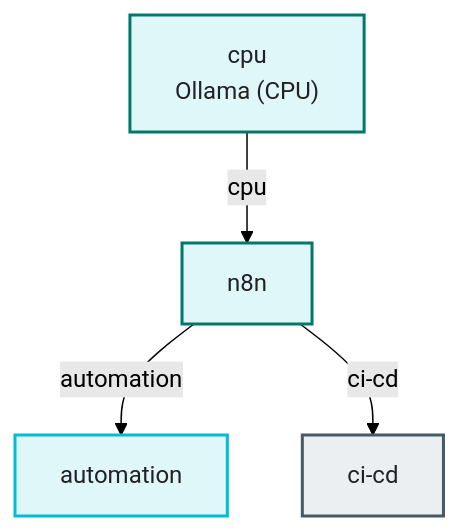
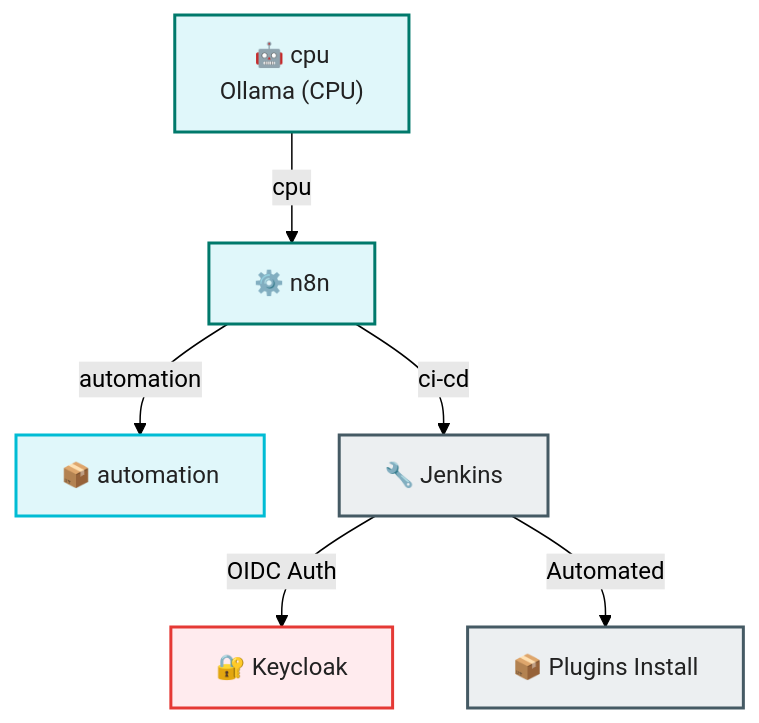
One commit to emujicad/my-selfhosted-ai-kit changed the diagram in diagrams_mmd/automation_cicd_stack.mmd. Above: the diagram before and after it, drawn with Mermaid (forest theme). The commit also changed 14 other files, not shown here.

First line of the commit message:
docs(media): Sync Mermaid diagrams and generate PNG assets

```diff
--- a/diagrams_mmd/automation_cicd_stack.mmd
+++ b/diagrams_mmd/automation_cicd_stack.mmd
@@ -1,11 +1,18 @@
 flowchart TD
-    CPU["cpu\nOllama (CPU)"] -- cpu --> N8N["n8n"]
-    N8N -- automation --> AUTO["automation"]
-    N8N -- ci-cd --> CICD["ci-cd"]
+    CPU["🤖 cpu\nOllama (CPU)"] -- cpu --> N8N["⚙️ n8n"]
+    N8N -- automation --> AUTO["📦 automation"]
+    N8N -- ci-cd --> CICD["🔧 Jenkins"]
+    CICD -- "OIDC Auth" --> KC["🔐 Keycloak"]
+    CICD -- "Automated" --> PLUG["📦 Plugins Install"]
+    
     classDef ia fill:#e0f7fa,stroke:#00796b,stroke-width:2px,color:#222;
     classDef automation fill:#e0f7fa,stroke:#00bcd4,stroke-width:2px,color:#222;
     classDef cicd fill:#eceff1,stroke:#455a64,stroke-width:2px,color:#222;
+    classDef security fill:#ffebee,stroke:#e53935,stroke-width:2px,color:#222;
+    
     class CPU ia;
     class N8N ia;
     class AUTO automation;
-    class CICD cicd; 
+    class CICD cicd;
+    class KC security;
+    class PLUG cicd; 
```
